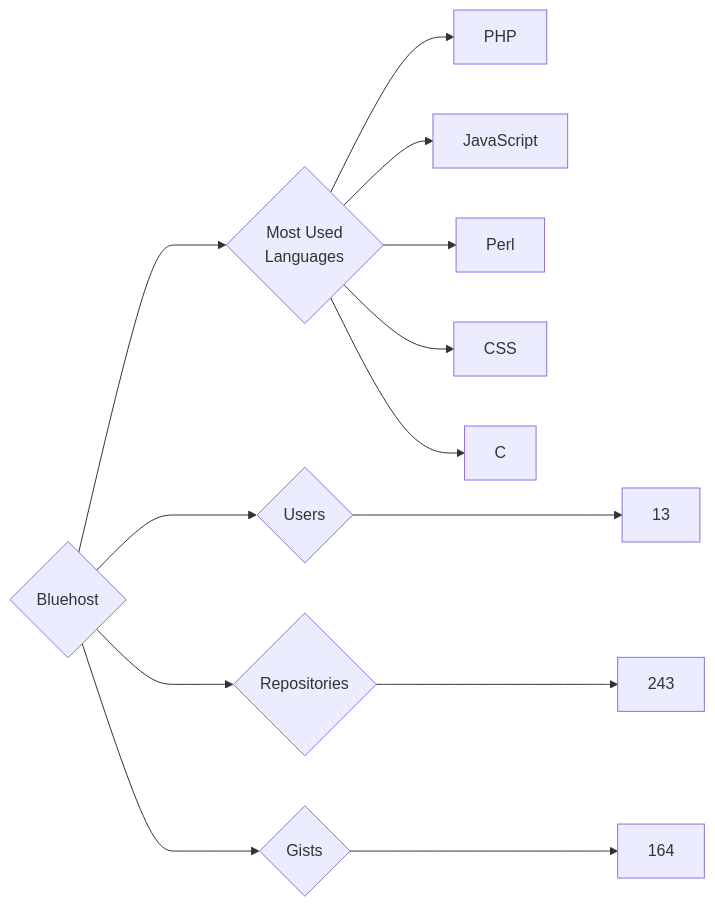
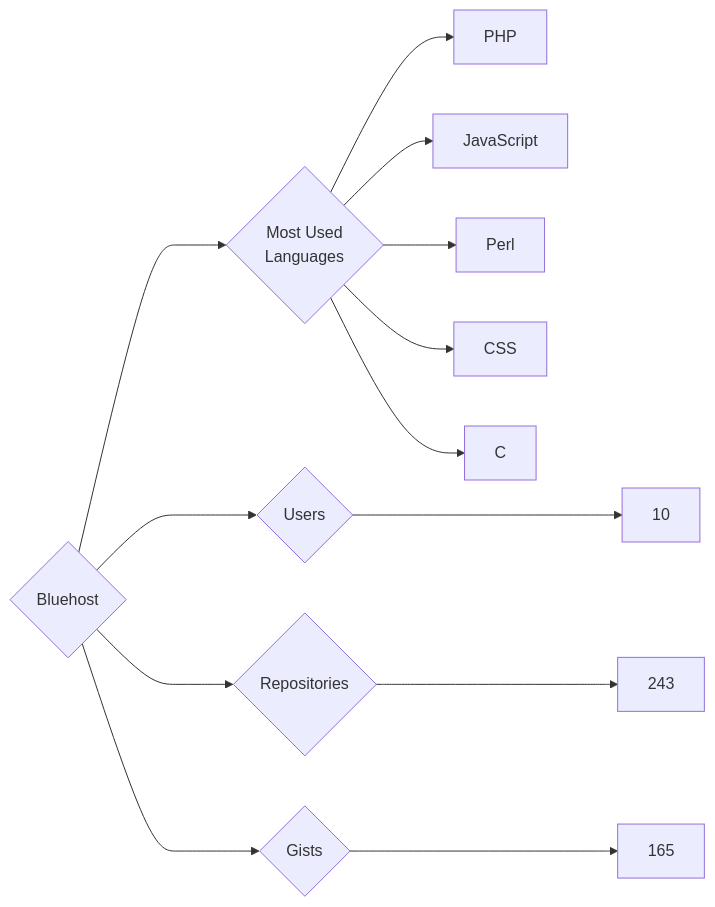
Before and after one commit to trickest/insiders: the diagram in targets/Bluehost/README.md, drawn with Mermaid. The commit also changed 951 other files, not shown here.

````diff
--- a/targets/Bluehost/README.md
+++ b/targets/Bluehost/README.md
@@ -3,13 +3,13 @@
 ```mermaid
 graph LR
 COMPANY_NAME{Bluehost}
-COMPANY_NAME ---> U{Users} ---> UN[13]
+COMPANY_NAME ---> U{Users} ---> UN[10]
 COMPANY_NAME ---> R{Repositories} ---> RN[243]
-COMPANY_NAME ---> G{Gists} ---> GN[164]
+COMPANY_NAME ---> G{Gists} ---> GN[165]
 COMPANY_NAME ---> ML{Most Used<br>Languages}
 ML --> PHP[PHP]
 ML --> JavaScript[JavaScript]
 ML --> Perl[Perl]
 ML --> CSS[CSS]
 ML --> C[C]
 ```
````
